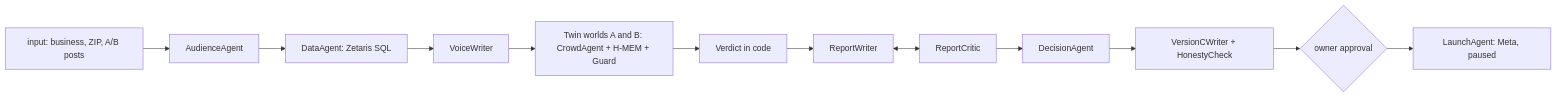
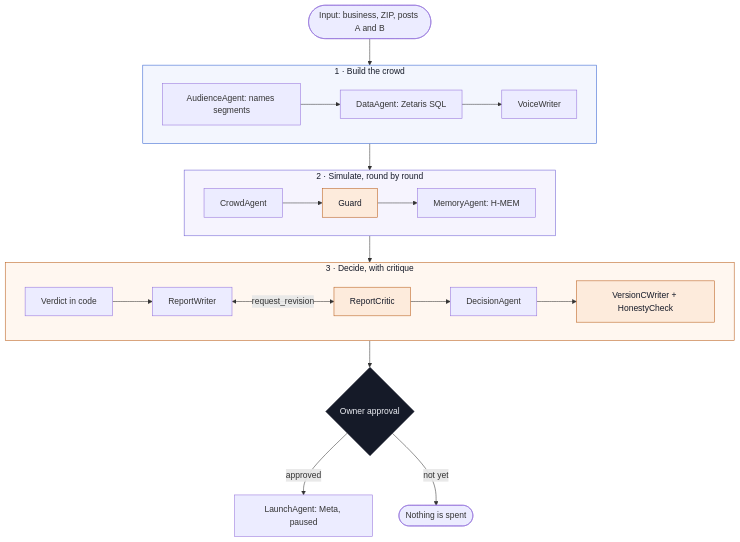
The second of 2 diagrams in README.md (pranayjoshi/GenAI-works-hackathon), drawn with Mermaid before and after one commit. The commit also changed other lines of this file and 15 other files, not shown here.

````diff
--- a/README.md
+++ b/README.md
@@ -171,14 +203,29 @@
 ```mermaid
-flowchart LR
-  IN[input: business, ZIP, A/B posts] --> AUD[AudienceAgent]
-  AUD --> DATA[DataAgent: Zetaris SQL]
-  DATA --> VOI[VoiceWriter]
-  VOI --> W[Twin worlds A and B: CrowdAgent + H-MEM + Guard]
-  W --> V[Verdict in code]
-  V --> RW[ReportWriter]
-  RW <--> RC[ReportCritic]
-  RC --> DEC[DecisionAgent]
-  DEC --> VC[VersionCWriter + HonestyCheck]
-  VC --> OWN{owner approval}
-  OWN --> LA[LaunchAgent: Meta, paused]
+flowchart TB
+  IN(["Input: business, ZIP, posts A and B"]) --> BUILD
+  subgraph BUILD["1 · Build the crowd"]
+    direction LR
+    AUD["AudienceAgent: names segments"] --> DATA["DataAgent: Zetaris SQL"] --> VOI["VoiceWriter"]
+  end
+  BUILD --> SIM
+  subgraph SIM["2 · Simulate, round by round"]
+    direction LR
+    CA["CrowdAgent"] --> G["Guard"] --> MA["MemoryAgent: H-MEM"]
+  end
+  SIM --> DECIDE
+  subgraph DECIDE["3 · Decide, with critique"]
+    direction LR
+    V["Verdict in code"] --> RW["ReportWriter"] <-->|"request_revision"| RC["ReportCritic"] --> DEC["DecisionAgent"] --> VC["VersionCWriter + HonestyCheck"]
+  end
+  DECIDE --> OWN{"Owner approval"}
+  OWN -->|"approved"| LA["LaunchAgent: Meta, paused"]
+  OWN -->|"not yet"| STOP(["Nothing is spent"])
+
+  classDef crit fill:#FDEBDC,stroke:#B85A16,color:#151A28
+  classDef gate fill:#151A28,stroke:#151A28,color:#EEF0F6
+  class RC,VC,G crit
+  class OWN gate
+  style BUILD fill:#F3F6FE,stroke:#2F5FD0,color:#151A28
+  style SIM fill:#F6F4FE,stroke:#6B5BD2,color:#151A28
+  style DECIDE fill:#FFF7F0,stroke:#B85A16,color:#151A28
 ```
````
